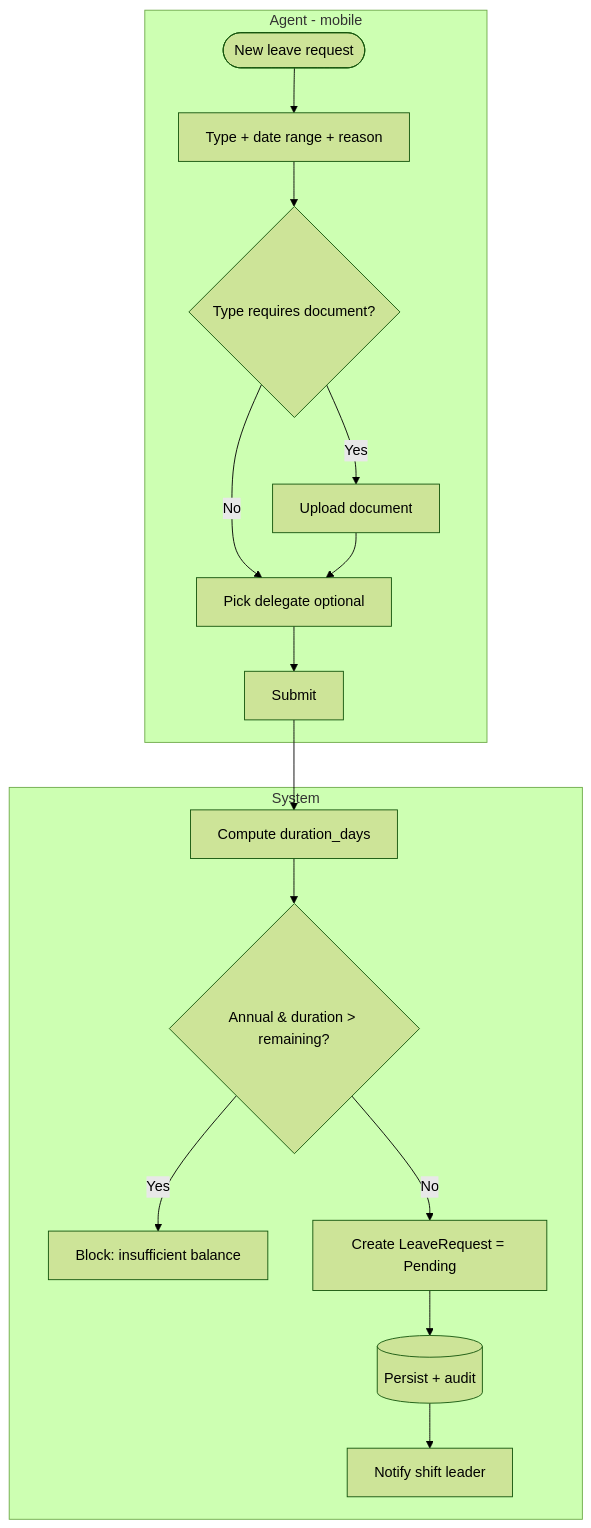
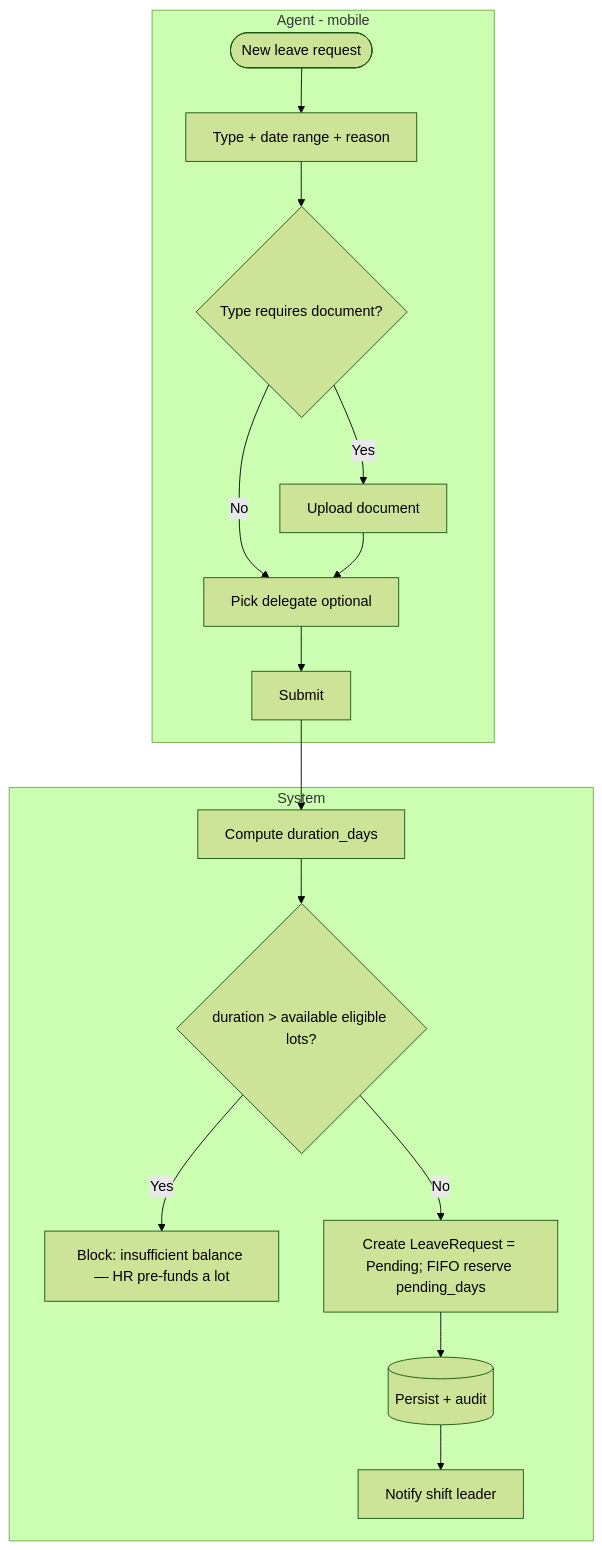
One commit to hariszaki17/hris-outsource changed the third of 6 diagrams in docs/epics/E6-leave/FEATURE.md. Above: the diagram before and after it, drawn with Mermaid (forest theme). The commit also changed other lines of this file and 43 other files, not shown here.

````diff
--- a/docs/epics/E6-leave/FEATURE.md
+++ b/docs/epics/E6-leave/FEATURE.md
@@ -120,19 +136,19 @@
 ```mermaid
 flowchart TD
     subgraph AG[Agent - mobile]
         B1([New leave request]) --> B2[Type + date range + reason]
         B2 --> B3{Type requires document?}
         B3 -- Yes --> B4[Upload document]
         B3 -- No --> B5[Pick delegate optional]
         B4 --> B5
         B5 --> B6[Submit]
     end
     subgraph SYS[System]
         B6 --> C1[Compute duration_days]
-        C1 --> C2{Annual & duration > remaining?}
-        C2 -- Yes --> C3[Block: insufficient balance]
-        C2 -- No --> C4[Create LeaveRequest = Pending]
+        C1 --> C2{duration > available eligible lots?}
+        C2 -- Yes --> C3[Block: insufficient balance — HR pre-funds a lot]
+        C2 -- No --> C4[Create LeaveRequest = Pending; FIFO reserve pending_days]
         C4 --> C5[(Persist + audit)]
         C5 --> C6[Notify shift leader]
     end
 ```
````
